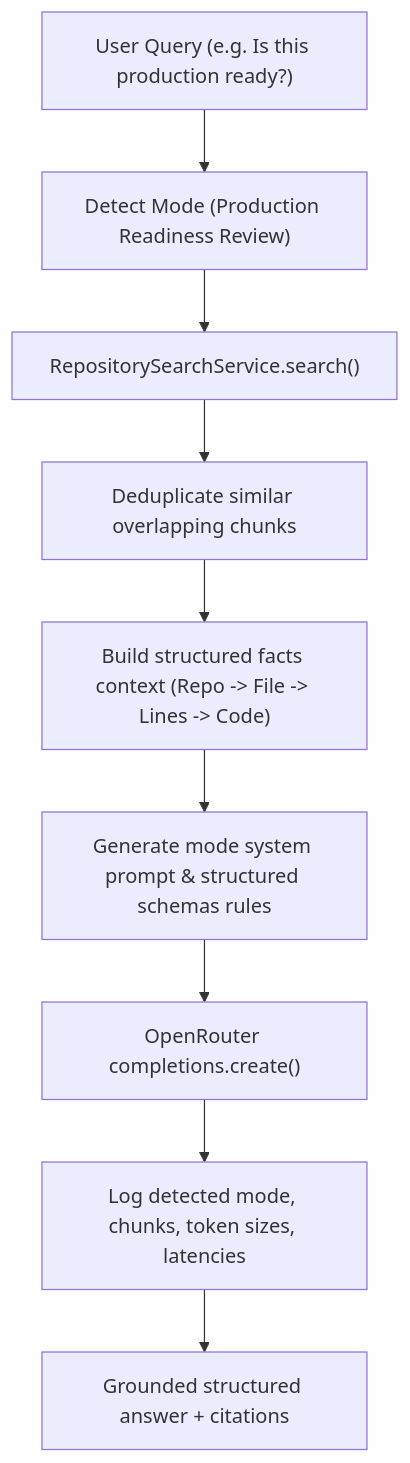
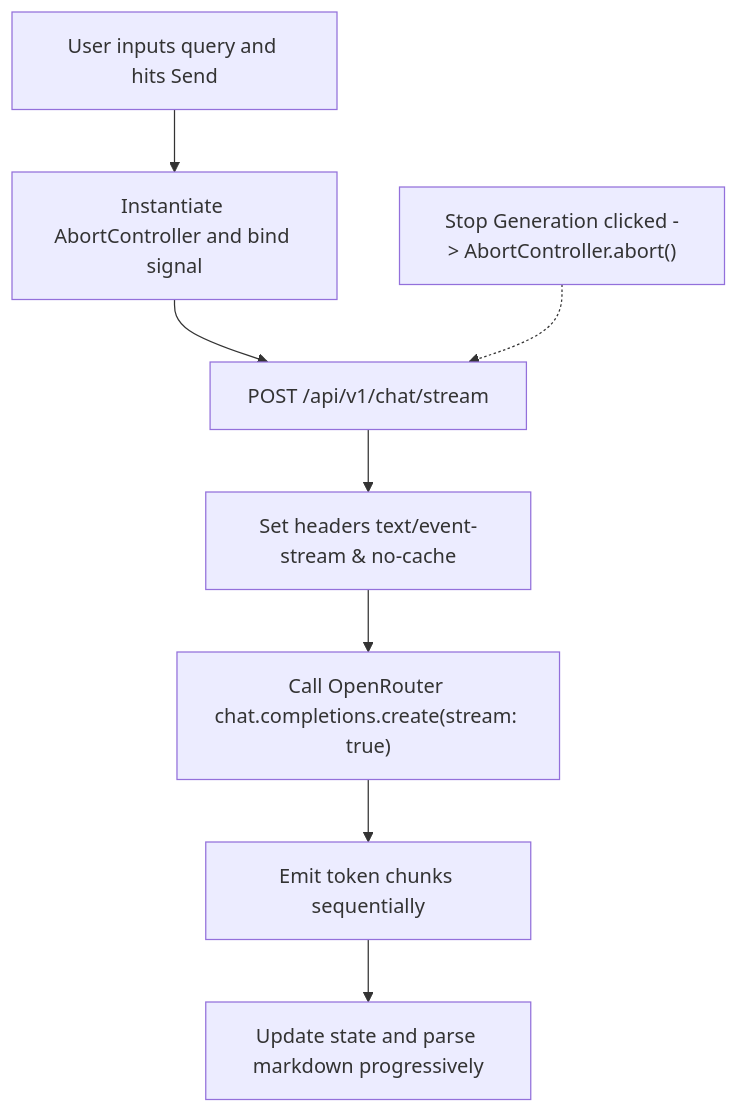
Before and after one commit to Gauravgits1308/CodeAtlas: the diagram in apps/web/walkthrough.md, drawn with Mermaid. The commit also changed other lines of this file and 5 other files, not shown here.

Commit message:
feat: implement real-time SSE token streaming and abort controls for AI chat

````diff
--- a/apps/web/walkthrough.md
+++ b/apps/web/walkthrough.md
@@ -17,21 +26,19 @@
 ```mermaid
 graph TD
-    UserQuery["User Query (e.g. Is this production ready?)"]
-    ModeDetect["Detect Mode (Production Readiness Review)"]
-    Search["RepositorySearchService.search()"]
-    Deduplicate["Deduplicate similar overlapping chunks"]
-    ContextBuild["Build structured facts context (Repo -> File -> Lines -> Code)"]
-    SystemPrompt["Generate mode system prompt & structured schemas rules"]
-    LLM["OpenRouter completions.create()"]
-    Telemetry["Log detected mode, chunks, token sizes, latencies"]
-    Response["Grounded structured answer + citations"]
+    User["User inputs query and hits Send"]
+    AbortCtrl["Instantiate AbortController and bind signal"]
+    FetchStream["POST /api/v1/chat/stream"]
+    SSEHeaders["Set headers text/event-stream & no-cache"]
+    LLMStream["Call OpenRouter chat.completions.create(stream: true)"]
+    TokenEmit["Emit token chunks sequentially"]
+    ClientRender["Update state and parse markdown progressively"]
+    ClientStop["Stop Generation clicked -> AbortController.abort()"]
 
-    UserQuery --> ModeDetect
-    ModeDetect --> Search
-    Search --> Deduplicate
-    Deduplicate --> ContextBuild
-    ContextBuild --> SystemPrompt
-    SystemPrompt --> LLM
-    LLM --> Telemetry
-    Telemetry --> Response
+    User --> AbortCtrl
+    AbortCtrl --> FetchStream
+    FetchStream --> SSEHeaders
+    SSEHeaders --> LLMStream
+    LLMStream --> TokenEmit
+    TokenEmit --> ClientRender
+    ClientStop -.-> FetchStream
 ```
````
